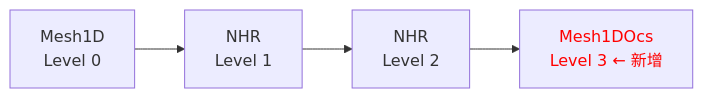
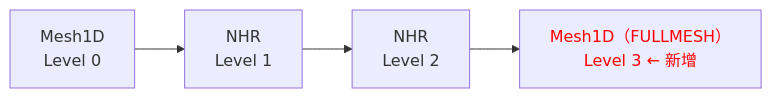
The first of 10 diagrams in docs/zh/rfcs/0003-executor-template-refactor.md (Fengfengst123/hccl-mirror), drawn with Mermaid before and after one commit. The commit also changed other lines of this file and 25 other files, not shown here.

````diff
--- a/docs/zh/rfcs/0003-executor-template-refactor.md
+++ b/docs/zh/rfcs/0003-executor-template-refactor.md
@@ -51,4 +51,4 @@
 ```mermaid
 flowchart LR
-    L0["Mesh1D<br/>Level 0"] --> L1["NHR<br/>Level 1"] --> L2["NHR<br/>Level 2"] --> L3["<span style='color:red'>Mesh1DOcs<br/>Level 3 ← 新增</span>"]
+    L0["Mesh1D<br/>Level 0"] --> L1["NHR<br/>Level 1"] --> L2["NHR<br/>Level 2"] --> L3["<span style='color:red'>Mesh1D（FULLMESH）<br/>Level 3 ← 新增</span>"]
 ```
````
